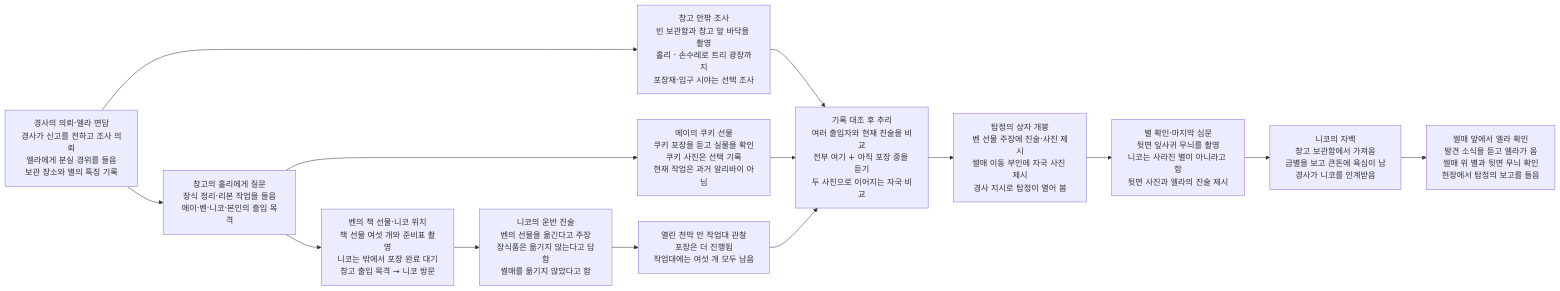
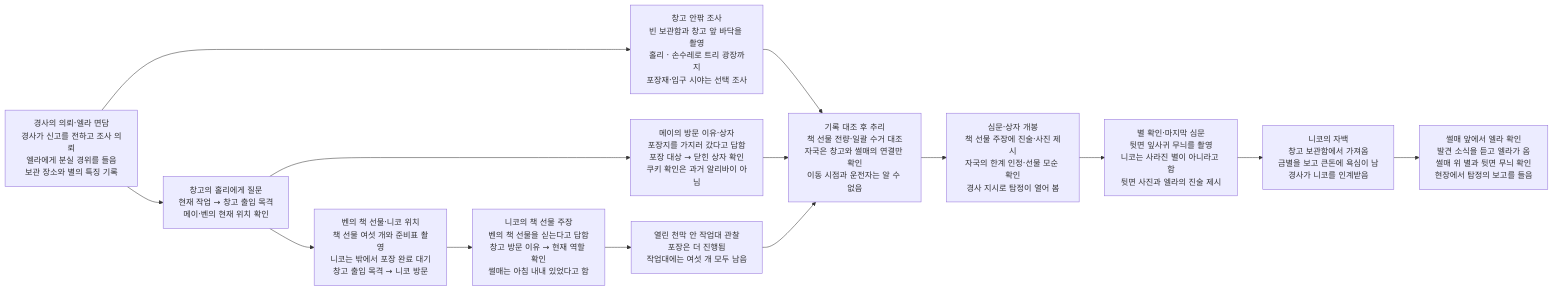
Before and after one commit to wonny95/detective-v2: the second of 2 diagrams in design/case-10-christmas-star.md, drawn with Mermaid. The commit also changed other lines of this file and 2 other files, not shown here.

````diff
--- a/design/case-10-christmas-star.md
+++ b/design/case-10-christmas-star.md
@@ -47,28 +47,28 @@
 ```mermaid
 flowchart LR
     s1["경사의 의뢰·엘라 면담<br/>경사가 신고를 전하고 조사 의뢰<br/>엘라에게 분실 경위를 들음<br/>보관 장소와 별의 특징 기록"]
-    s2["창고의 홀리에게 질문<br/>장식 정리·리본 작업을 들음<br/>메이·벤·니코·본인의 출입 목격"]
+    s2["창고의 홀리에게 질문<br/>현재 작업 → 창고 출입 목격<br/>메이·벤의 현재 위치 확인"]
     s3["창고 안팎 조사<br/>빈 보관함과 창고 앞 바닥을 촬영<br/>홀리 · 손수레로 트리 광장까지<br/>포장재·입구 시야는 선택 조사"]
-    s4["메이의 쿠키 선물<br/>쿠키 포장을 듣고 실물을 확인<br/>쿠키 사진은 선택 기록<br/>현재 작업은 과거 알리바이 아님"]
+    s4["메이의 방문 이유·상자<br/>포장지를 가지러 갔다고 답함<br/>포장 대상 → 닫힌 상자 확인<br/>쿠키 확인은 과거 알리바이 아님"]
     s5["벤의 책 선물·니코 위치<br/>책 선물 여섯 개와 준비표 촬영<br/>니코는 밖에서 포장 완료 대기<br/>창고 출입 목격 → 니코 방문"]
-    s6["니코의 운반 진술<br/>벤의 선물을 옮긴다고 주장<br/>장식품은 옮기지 않는다고 답함<br/>썰매를 옮기지 않았다고 함"]
+    s6["니코의 책 선물 주장<br/>벤의 책 선물을 싣는다고 답함<br/>창고 방문 이유 → 현재 역할 확인<br/>썰매는 아침 내내 있었다고 함"]
     s7["열린 천막 안 작업대 관찰<br/>포장은 더 진행됨<br/>작업대에는 여섯 개 모두 남음"]
-    s8["기록 대조 후 추리<br/>여러 출입자와 현재 진술을 비교<br/>전부 여기 + 아직 포장 중을 듣기<br/>두 사진으로 이어지는 자국 비교"]
-    s9["탐정의 상자 개봉<br/>벤 선물 주장에 진술·사진 제시<br/>썰매 이동 부인에 자국 사진 제시<br/>경사 지시로 탐정이 열어 봄"]
+    s8["기록 대조 후 추리<br/>책 선물 전량·일괄 수거 대조<br/>자국은 창고와 썰매의 연결만 확인<br/>이동 시점과 운전자는 알 수 없음"]
+    s9["심문·상자 개봉<br/>책 선물 주장에 진술·사진 제시<br/>자국의 한계 인정·선물 모순 확인<br/>경사 지시로 탐정이 열어 봄"]
     s10["별 확인·마지막 심문<br/>뒷면 잎사귀 무늬를 촬영<br/>니코는 사라진 별이 아니라고 함<br/>뒷면 사진과 엘라의 진술 제시"]
     s11["니코의 자백<br/>창고 보관함에서 가져옴<br/>금별을 보고 큰돈에 욕심이 남<br/>경사가 니코를 인계받음"]
     s12["썰매 앞에서 엘라 확인<br/>발견 소식을 듣고 엘라가 옴<br/>썰매 위 별과 뒷면 무늬 확인<br/>현장에서 탐정의 보고를 들음"]
     s1 --> s2
     s1 --> s3
     s2 --> s4
     s2 --> s5
     s3 --> s8
     s4 --> s8
     s5 --> s6
     s6 --> s7
     s7 --> s8
     s8 --> s9
     s9 --> s10
     s10 --> s11
     s11 --> s12
 ```
````
